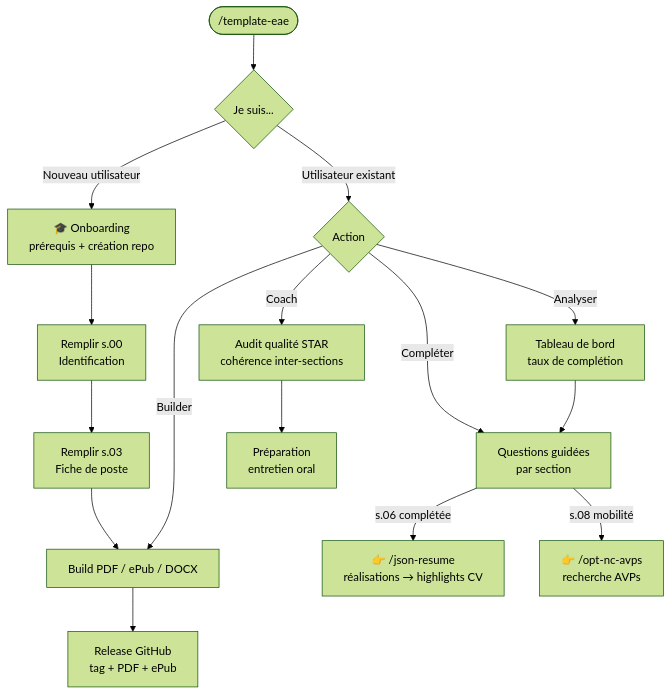
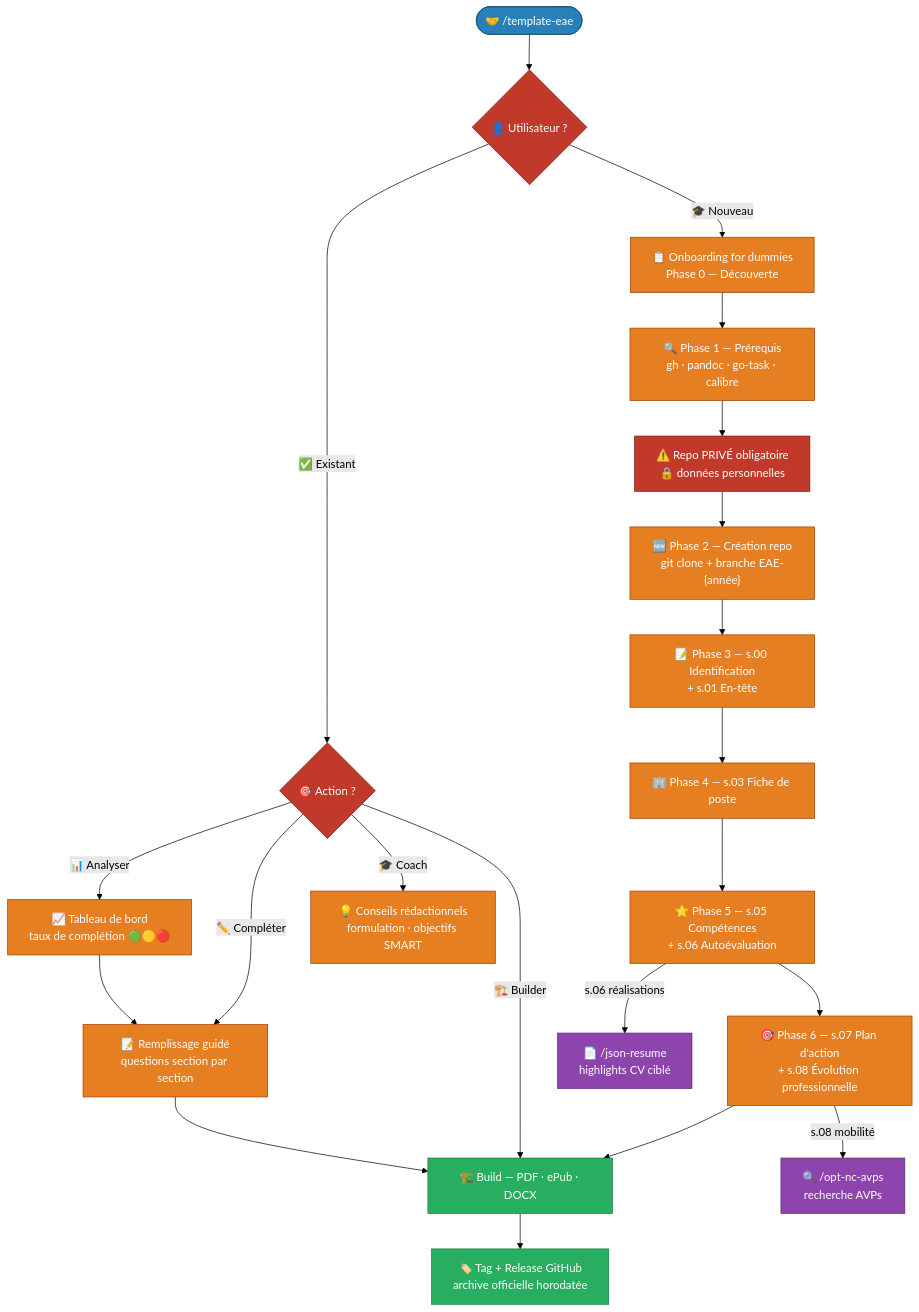
Before and after one commit to adriens/claude-commands: the second of 2 diagrams in docs/skills/template-eae/index.md, drawn with Mermaid (forest theme). The commit also changed other lines of this file and 20 other files, not shown here.

Commit message:
feat(site): flow Mermaid coloré avec emojis en fin de page — template-eae, json-resume, opt-nc-avps

````diff
--- a/docs/skills/template-eae/index.md
+++ b/docs/skills/template-eae/index.md
@@ -136,18 +196,30 @@
 ```mermaid
 flowchart TD
-    A(["/template-eae"]) --> B{Je suis...}
-    B -->|Nouveau utilisateur| C[🎓 Onboarding\nprérequis + création repo]
-    B -->|Utilisateur existant| D{Action}
-    C --> E[Remplir s.00\nIdentification]
-    E --> F[Remplir s.03\nFiche de poste]
-    F --> G[Build PDF / ePub / DOCX]
-    D -->|Analyser| H[Tableau de bord\ntaux de complétion]
-    D -->|Compléter| I[Questions guidées\npar section]
-    D -->|Builder| G
-    D -->|Coach| J[Audit qualité STAR\ncohérence inter-sections]
-    H --> I
-    I -->|s.06 complétée| K["👉 /json-resume\nréalisations → highlights CV"]
-    I -->|s.08 mobilité| L["👉 /opt-nc-avps\nrecherche AVPs"]
-    J --> M[Préparation\nentretien oral]
-    G --> N[Release GitHub\ntag + PDF + ePub]
+    classDef input fill:#2980b9,stroke:#1a5276,color:#fff
+    classDef process fill:#e67e22,stroke:#a04000,color:#fff
+    classDef output fill:#27ae60,stroke:#1a7a42,color:#fff
+    classDef crossref fill:#8e44ad,stroke:#5b2c6f,color:#fff
+    classDef decision fill:#c0392b,stroke:#7b241c,color:#fff
+    classDef warning fill:#c0392b,stroke:#7b241c,color:#fff
+
+    A(["🤝 /template-eae"]):::input --> B{"👤 Utilisateur ?"}:::decision
+    B -->|"🎓 Nouveau"| C["📋 Onboarding for dummies\nPhase 0 — Découverte"]:::process
+    B -->|"✅ Existant"| D{"🎯 Action ?"}:::decision
+    C --> E["🔍 Phase 1 — Prérequis\ngh · pandoc · go-task · calibre"]:::process
+    E --> F["⚠️ Repo PRIVÉ obligatoire\n🔒 données personnelles"]:::warning
+    F --> G["🆕 Phase 2 — Création repo\ngit clone + branche EAE-{année}"]:::process
+    G --> H["📝 Phase 3 — s.00 Identification\n+ s.01 En-tête"]:::process
+    H --> I["🏢 Phase 4 — s.03 Fiche de poste"]:::process
+    I --> J["⭐ Phase 5 — s.05 Compétences\n+ s.06 Autoévaluation"]:::process
+    J --> K["🎯 Phase 6 — s.07 Plan d'action\n+ s.08 Évolution professionnelle"]:::process
+    K --> L["🏗️ Build — PDF · ePub · DOCX"]:::output
+    D -->|"📊 Analyser"| M["📈 Tableau de bord\ntaux de complétion 🟢🟡🔴"]:::process
+    D -->|"✏️ Compléter"| N["📝 Remplissage guidé\nquestions section par section"]:::process
+    D -->|"🏗️ Builder"| L
+    D -->|"🎓 Coach"| O["💡 Conseils rédactionnels\nformulation · objectifs SMART"]:::process
+    M --> N
+    N --> L
+    L --> P["🏷️ Tag + Release GitHub\narchive officielle horodatée"]:::output
+    J -->|"s.06 réalisations"| Q["📄 /json-resume\nhighlights CV ciblé"]:::crossref
+    K -->|"s.08 mobilité"| R["🔍 /opt-nc-avps\nrecherche AVPs"]:::crossref
 ```
````
